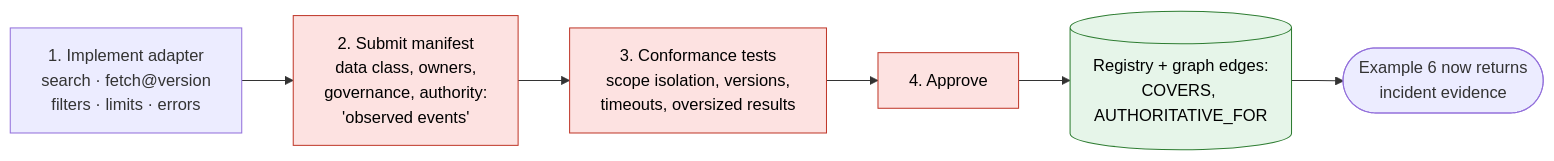
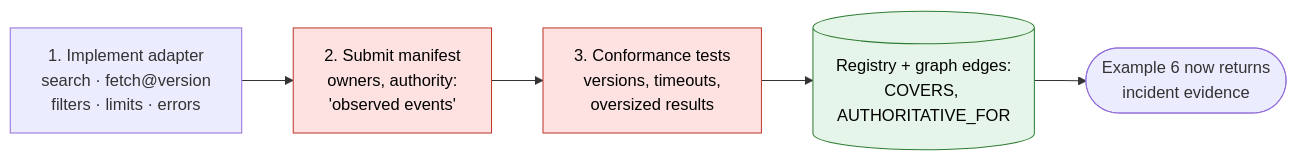
The tenth of 13 diagrams in design/intelligence-layer/contracts-and-scenarios.md (arunmenon/sanctum), drawn with Mermaid before and after one commit. The commit also changed other lines of this file and 7 other files, not shown here.

````diff
--- a/design/intelligence-layer/contracts-and-scenarios.md
+++ b/design/intelligence-layer/contracts-and-scenarios.md
@@ -459,13 +420,12 @@
 ```mermaid
 flowchart LR
-    A["1. Implement adapter<br/>search · fetch@version<br/>filters · limits · errors"] --> B["2. Submit manifest<br/>data class, owners,<br/>governance, authority:<br/>'observed events'"]
-    B --> C["3. Conformance tests<br/>scope isolation, versions,<br/>timeouts, oversized results"]
-    C --> D["4. Approve"]
-    D --> E[("Registry + graph edges:<br/>COVERS, AUTHORITATIVE_FOR")]
+    A["1. Implement adapter<br/>search · fetch@version<br/>filters · limits · errors"] --> B["2. Submit manifest<br/>owners, authority:<br/>'observed events'"]
+    B --> C["3. Conformance tests<br/>versions, timeouts,<br/>oversized results"]
+    C --> E[("Registry + graph edges:<br/>COVERS, AUTHORITATIVE_FOR")]
     E --> F(["Example 6 now returns<br/>incident evidence"])
 
     classDef policy fill:#fde2e1,stroke:#c0392b,color:#000
     classDef mem fill:#e6f5e9,stroke:#2e7d32,color:#000
-    class B,C,D policy
+    class B,C policy
     class E mem
 ```
````
